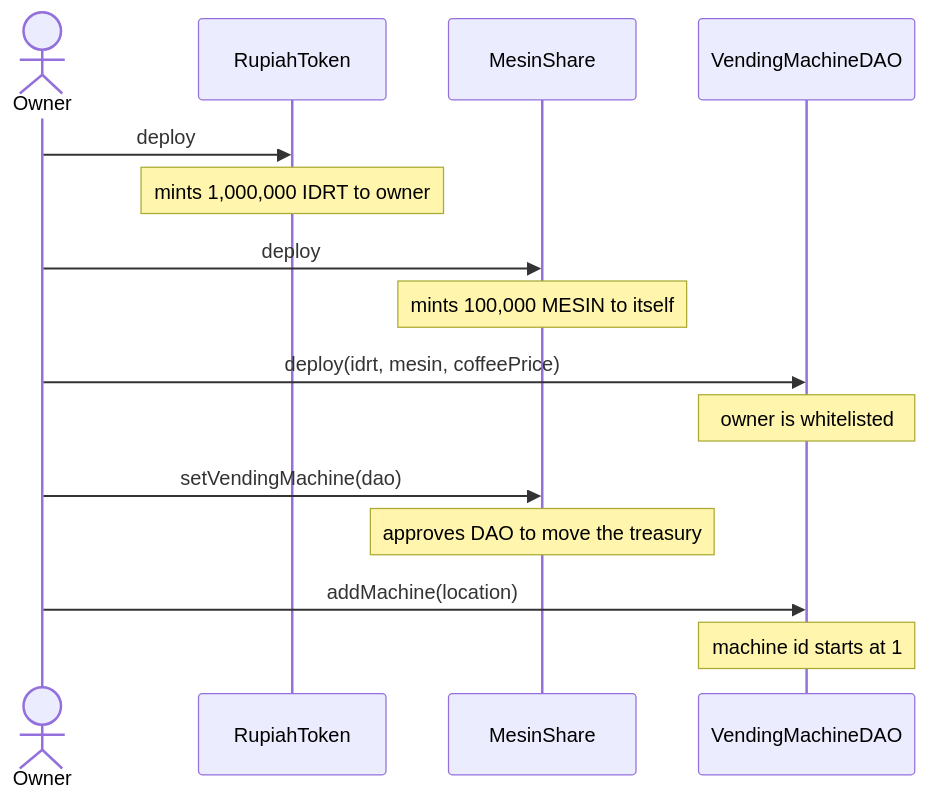
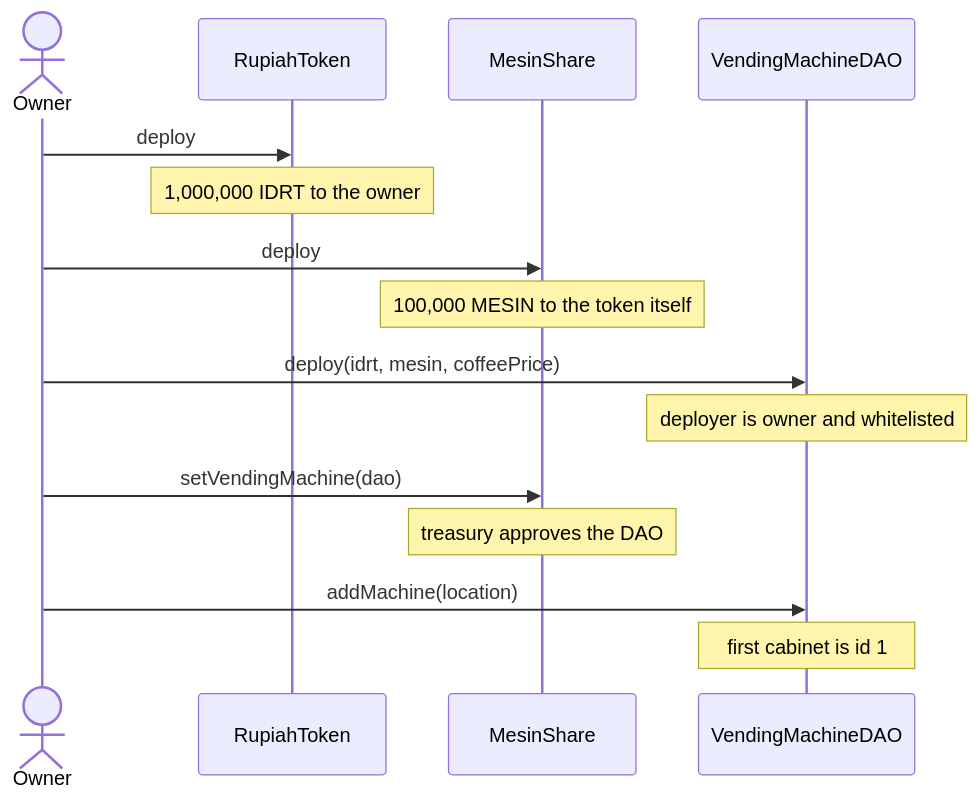
The third of 6 diagrams in README.md (artefiq/vending-machine-rwa), drawn with Mermaid before and after one commit. The commit also changed other lines of this file, not shown here.

````diff
--- a/README.md
+++ b/README.md
@@ -118,18 +110,17 @@
 ```mermaid
 sequenceDiagram
     actor Owner
     participant IDRT as RupiahToken
     participant MESIN as MesinShare
     participant DAO as VendingMachineDAO
-
     Owner->>IDRT: deploy
-    Note over IDRT: mints 1,000,000 IDRT to owner
+    Note over IDRT: 1,000,000 IDRT to the owner
     Owner->>MESIN: deploy
-    Note over MESIN: mints 100,000 MESIN to itself
+    Note over MESIN: 100,000 MESIN to the token itself
     Owner->>DAO: deploy(idrt, mesin, coffeePrice)
-    Note over DAO: owner is whitelisted
+    Note over DAO: deployer is owner and whitelisted
     Owner->>MESIN: setVendingMachine(dao)
-    Note over MESIN: approves DAO to move the treasury
+    Note over MESIN: treasury approves the DAO
     Owner->>DAO: addMachine(location)
-    Note over DAO: machine id starts at 1
+    Note over DAO: first cabinet is id 1
 ```
````
